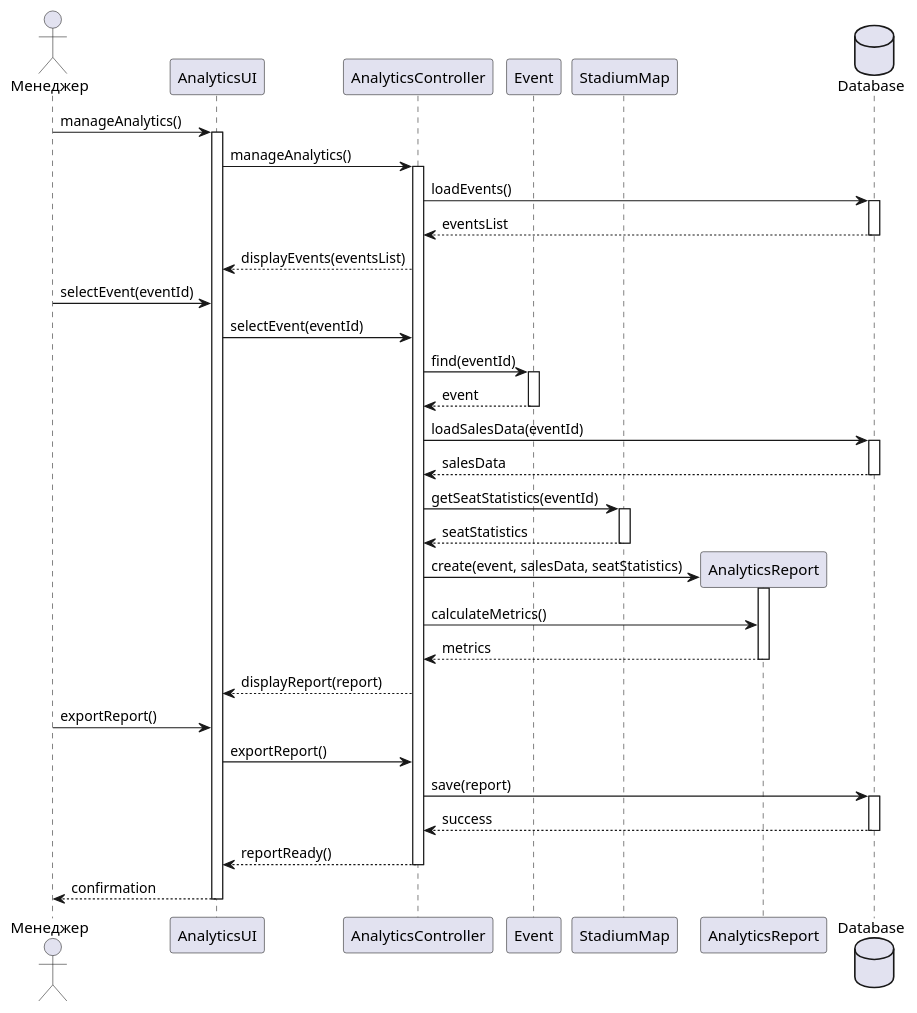
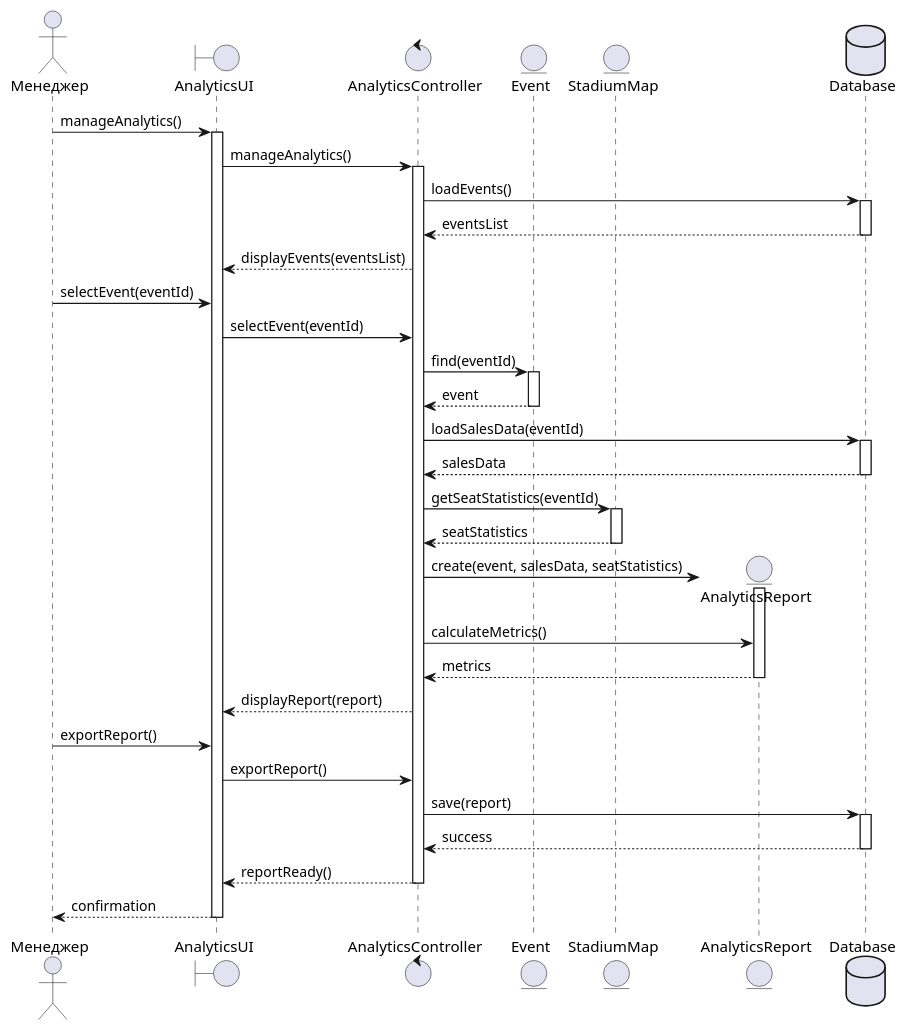
One commit to penamarth/bsbo-11-24_team5_var10_football changed the diagram in Преценденты/Вывод аналитики по мероприятию/Диаграмма последовательности.md. Above: the diagram before and after it, drawn with PlantUML. The commit also changed 2 other files, not shown here.

Commit message:
Выделил уровень UI в диаграмме аналитики (boundary/control/entity), выровнял текст сценария с диаграммой

````diff
--- a/Преценденты/Вывод аналитики по мероприятию/Диаграмма последовательности.md
+++ b/Преценденты/Вывод аналитики по мероприятию/Диаграмма последовательности.md
@@ -3,64 +3,64 @@
 ```plantuml
 
 @startuml
 actor "Менеджер" as Manager
 
-participant "AnalyticsUI" as UI
-participant "AnalyticsController" as Controller
-participant "Event" as Event
-participant "StadiumMap" as Map
-participant "AnalyticsReport" as Report
+boundary "AnalyticsUI" as UI
+control "AnalyticsController" as Controller
+entity "Event" as Event
+entity "StadiumMap" as Map
+entity "AnalyticsReport" as Report
 database "Database" as DB
 
 Manager -> UI : manageAnalytics()
 activate UI
 UI -> Controller : manageAnalytics()
 activate Controller
 
 Controller -> DB : loadEvents()
 activate DB
 DB --> Controller : eventsList
 deactivate DB
 Controller --> UI : displayEvents(eventsList)
 
 Manager -> UI : selectEvent(eventId)
 UI -> Controller : selectEvent(eventId)
 
 Controller -> Event : find(eventId)
 activate Event
 Event --> Controller : event
 deactivate Event
 
 Controller -> DB : loadSalesData(eventId)
 activate DB
 DB --> Controller : salesData
 deactivate DB
 
 Controller -> Map : getSeatStatistics(eventId)
 activate Map
 Map --> Controller : seatStatistics
 deactivate Map
 
 create Report
 Controller -> Report : create(event, salesData, seatStatistics)
 activate Report
 Controller -> Report : calculateMetrics()
 Report --> Controller : metrics
 deactivate Report
 
 Controller --> UI : displayReport(report)
 
 Manager -> UI : exportReport()
 UI -> Controller : exportReport()
 Controller -> DB : save(report)
 activate DB
 DB --> Controller : success
 deactivate DB
 
 Controller --> UI : reportReady()
 deactivate Controller
 UI --> Manager : confirmation
 deactivate UI
 
 @enduml
 ```
````
